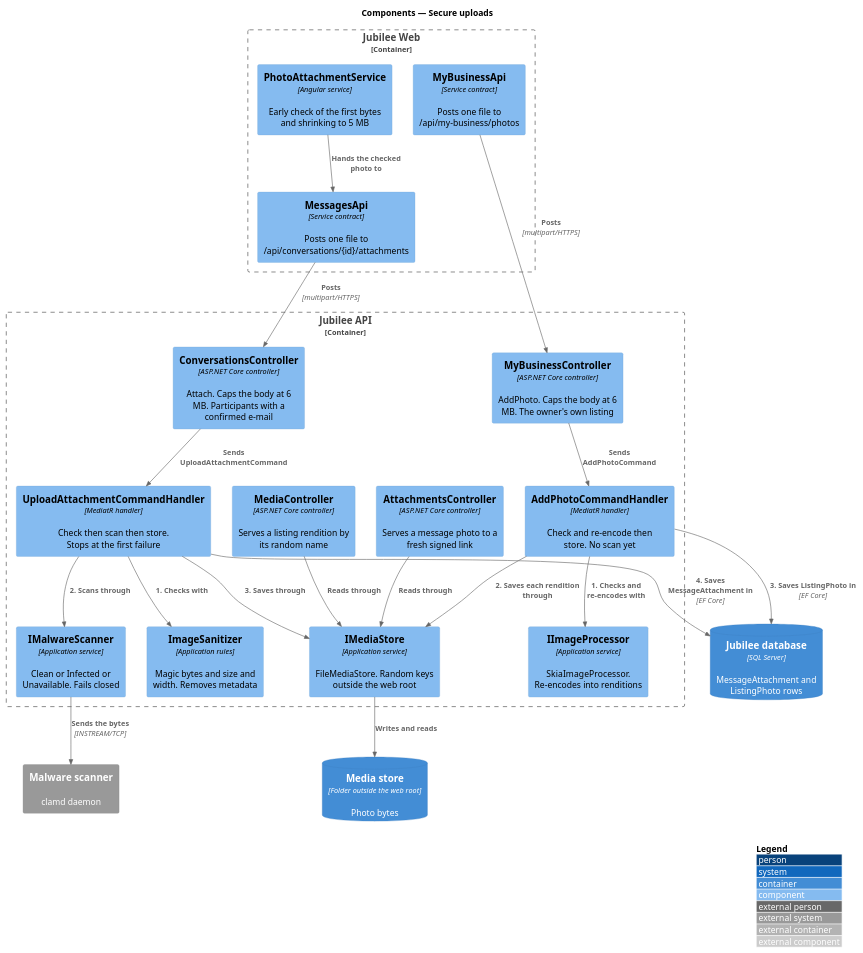
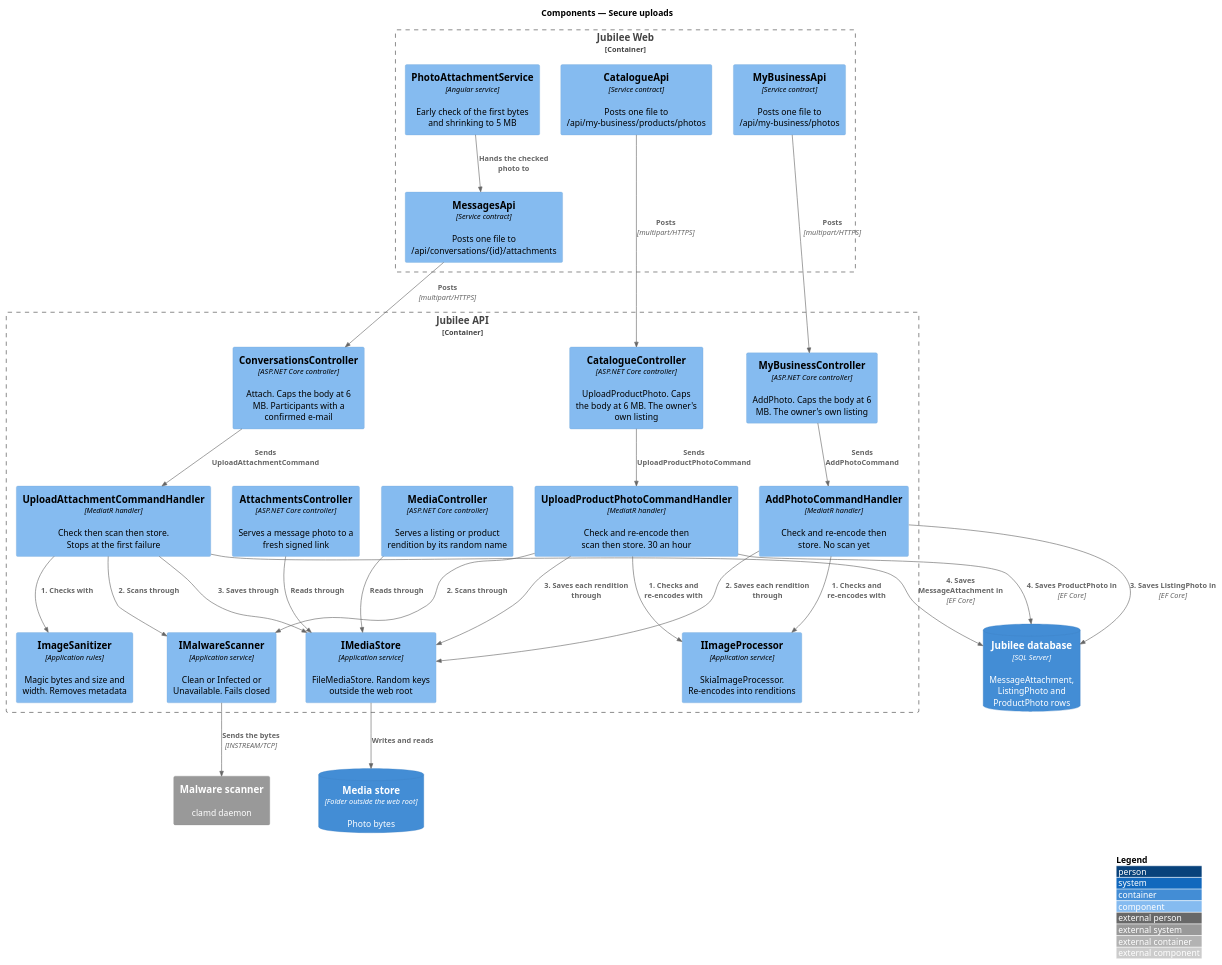
The diagram in docs/detailed-designs/security/secure-uploads/diagrams/c4-component.puml (QuinntyneBrown/jubilee), drawn with PlantUML before and after one commit. The commit also changed 57 other files, not shown here.

First line of the commit message:
Journey 16: requirements, ADR 0062, designs, mocks and design system for product photos, options, drag to reorder

```diff
--- a/docs/detailed-designs/security/secure-uploads/diagrams/c4-component.puml
+++ b/docs/detailed-designs/security/secure-uploads/diagrams/c4-component.puml
@@ -1,43 +1,52 @@
 @startuml
 !include <C4/C4_Component>
 LAYOUT_WITH_LEGEND()
 title Components — Secure uploads
 
 Container_Boundary(web, "Jubilee Web") {
   Component(photo, "PhotoAttachmentService", "Angular service", "Early check of the first bytes and shrinking to 5 MB")
   Component(messages, "MessagesApi", "Service contract", "Posts one file to /api/conversations/{id}/attachments")
   Component(mybiz, "MyBusinessApi", "Service contract", "Posts one file to /api/my-business/photos")
+  Component(catalogue, "CatalogueApi", "Service contract", "Posts one file to /api/my-business/products/photos")
 }
 Container_Boundary(api, "Jubilee API") {
   Component(conv, "ConversationsController", "ASP.NET Core controller", "Attach. Caps the body at 6 MB. Participants with a confirmed e-mail")
   Component(owner, "MyBusinessController", "ASP.NET Core controller", "AddPhoto. Caps the body at 6 MB. The owner's own listing")
+  Component(products, "CatalogueController", "ASP.NET Core controller", "UploadProductPhoto. Caps the body at 6 MB. The owner's own listing")
+  Component(productPhoto, "UploadProductPhotoCommandHandler", "MediatR handler", "Check and re-encode then scan then store. 30 an hour")
   Component(upload, "UploadAttachmentCommandHandler", "MediatR handler", "Check then scan then store. Stops at the first failure")
   Component(add, "AddPhotoCommandHandler", "MediatR handler", "Check and re-encode then store. No scan yet")
   Component(sanitizer, "ImageSanitizer", "Application rules", "Magic bytes and size and width. Removes metadata")
   Component(processor, "IImageProcessor", "Application service", "SkiaImageProcessor. Re-encodes into renditions")
   Component(scan, "IMalwareScanner", "Application service", "Clean or Infected or Unavailable. Fails closed")
   Component(store, "IMediaStore", "Application service", "FileMediaStore. Random keys outside the web root")
   Component(attachments, "AttachmentsController", "ASP.NET Core controller", "Serves a message photo to a fresh signed link")
-  Component(media, "MediaController", "ASP.NET Core controller", "Serves a listing rendition by its random name")
+  Component(media, "MediaController", "ASP.NET Core controller", "Serves a listing or product rendition by its random name")
 }
-ContainerDb(db, "Jubilee database", "SQL Server", "MessageAttachment and ListingPhoto rows")
+ContainerDb(db, "Jubilee database", "SQL Server", "MessageAttachment, ListingPhoto and ProductPhoto rows")
 ContainerDb(files, "Media store", "Folder outside the web root", "Photo bytes")
 System_Ext(clamd, "Malware scanner", "clamd daemon")
 
 Rel(photo, messages, "Hands the checked photo to")
 Rel(messages, conv, "Posts", "multipart/HTTPS")
 Rel(mybiz, owner, "Posts", "multipart/HTTPS")
 Rel(conv, upload, "Sends UploadAttachmentCommand")
 Rel(owner, add, "Sends AddPhotoCommand")
+Rel(catalogue, products, "Posts", "multipart/HTTPS")
+Rel(products, productPhoto, "Sends UploadProductPhotoCommand")
+Rel(productPhoto, processor, "1. Checks and re-encodes with")
+Rel(productPhoto, scan, "2. Scans through")
+Rel(productPhoto, store, "3. Saves each rendition through")
+Rel(productPhoto, db, "4. Saves ProductPhoto in", "EF Core")
 Rel(upload, sanitizer, "1. Checks with")
 Rel(upload, scan, "2. Scans through")
 Rel(upload, store, "3. Saves through")
 Rel(upload, db, "4. Saves MessageAttachment in", "EF Core")
 Rel(add, processor, "1. Checks and re-encodes with")
 Rel(add, store, "2. Saves each rendition through")
 Rel(add, db, "3. Saves ListingPhoto in", "EF Core")
 Rel(scan, clamd, "Sends the bytes", "INSTREAM/TCP")
 Rel(store, files, "Writes and reads")
 Rel(attachments, store, "Reads through")
 Rel(media, store, "Reads through")
 @enduml
```
